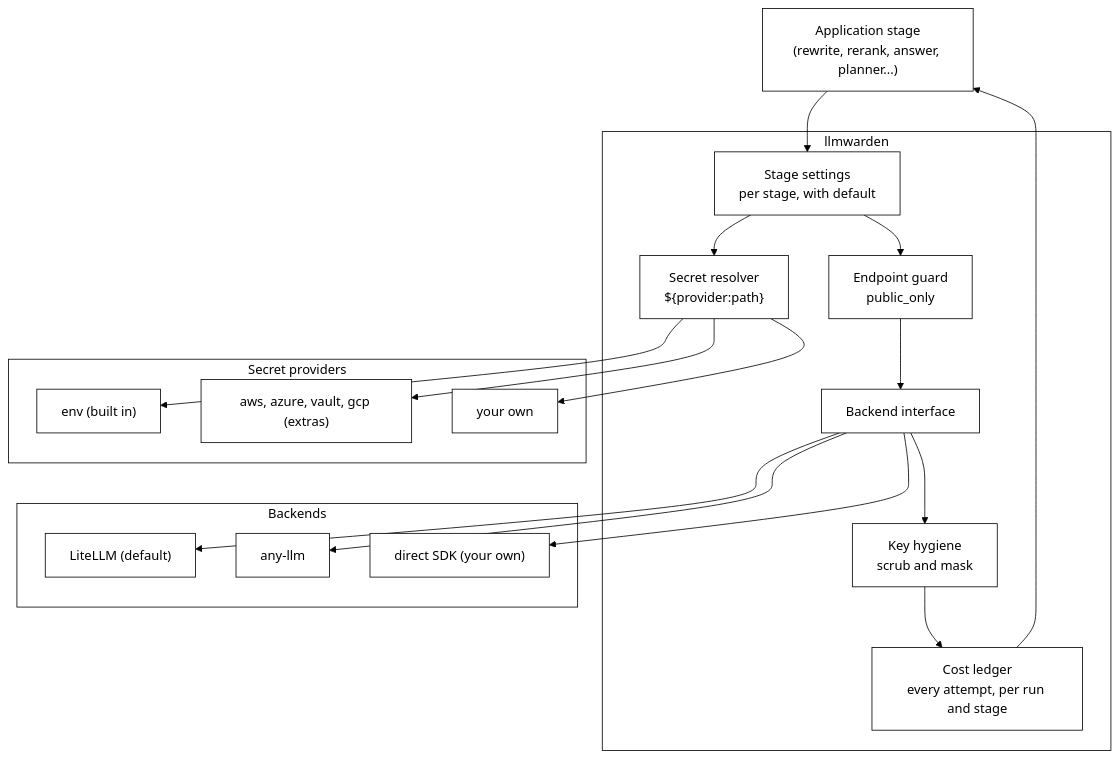
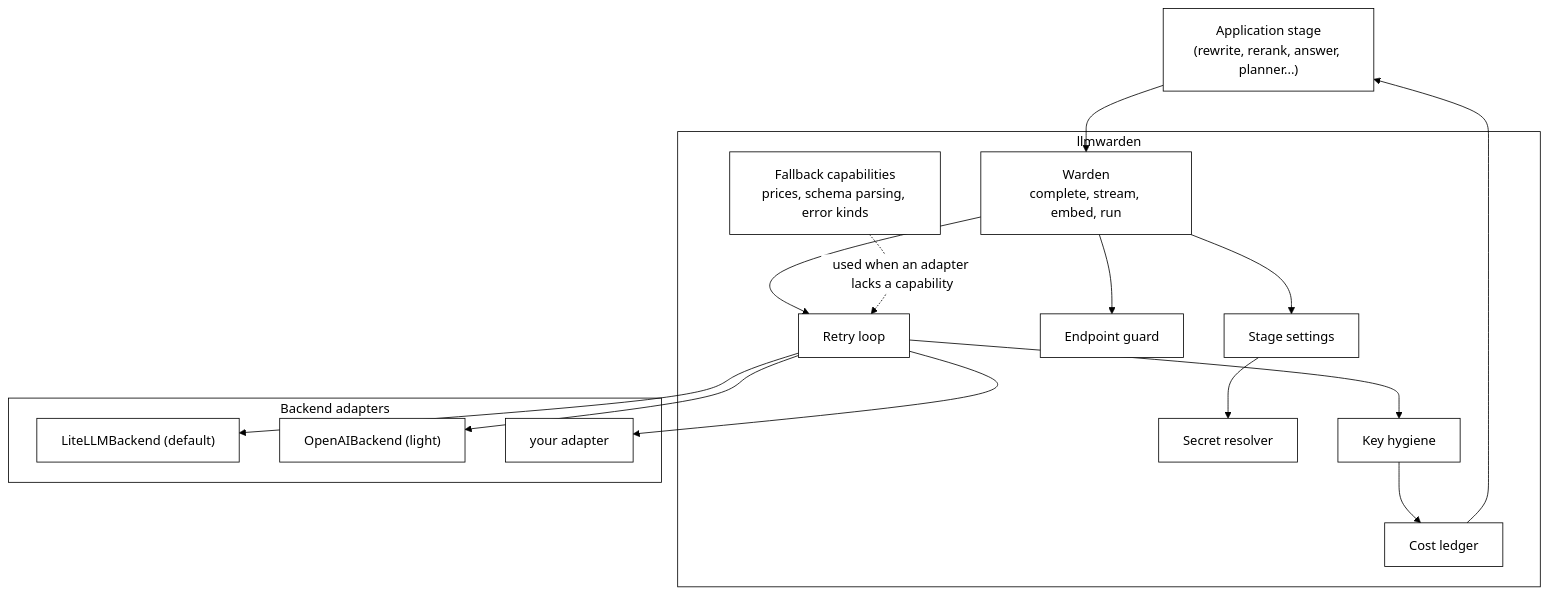
The first of 2 diagrams in docs/architecture.md (nadeem4/llmwarden), drawn with Mermaid before and after one commit. The commit also changed other lines of this file and 1 other file, not shown here.

Commit message:
docs: the facade, adapters, and what is reused from each backend

````diff
--- a/docs/architecture.md
+++ b/docs/architecture.md
@@ -24,36 +27,32 @@
 ```mermaid
 %%{init: {'theme':'base','themeVariables':{'primaryColor':'#ffffff','primaryTextColor':'#000000','primaryBorderColor':'#000000','lineColor':'#000000','secondaryColor':'#ffffff','tertiaryColor':'#ffffff','clusterBkg':'#ffffff','clusterBorder':'#000000'}}}%%
 flowchart TB
     App["Application stage<br/>(rewrite, rerank, answer, planner...)"]
     subgraph Warden["llmwarden"]
-        Stages["Stage settings<br/>per stage, with default"]
-        Secrets["Secret resolver<br/>${provider:path}"]
-        Guard["Endpoint guard<br/>public_only"]
-        Hygiene["Key hygiene<br/>scrub and mask"]
-        Meter["Cost ledger<br/>every attempt, per run and stage"]
-        Port["Backend interface"]
+        Face["Warden<br/>complete, stream, embed, run"]
+        Stages["Stage settings"]
+        Secrets["Secret resolver"]
+        Guard["Endpoint guard"]
+        Retry["Retry loop"]
+        Hygiene["Key hygiene"]
+        Ledger["Cost ledger"]
+        Own["Fallback capabilities<br/>prices, schema parsing, error kinds"]
     end
-    subgraph Stores["Secret providers"]
-        Env["env (built in)"]
-        Cloud["aws, azure, vault, gcp (extras)"]
-        Own["your own"]
+    subgraph Adapters["Backend adapters"]
+        Lite["LiteLLMBackend (default)"]
+        OAI["OpenAIBackend (light)"]
+        Yours["your adapter"]
     end
-    subgraph Backends["Backends"]
-        Lite["LiteLLM (default)"]
-        Any["any-llm"]
-        Direct["direct SDK (your own)"]
-    end
-    App --> Stages
+    App --> Face
+    Face --> Stages
     Stages --> Secrets
-    Secrets --> Env
-    Secrets --> Cloud
-    Secrets --> Own
-    Stages --> Guard
-    Guard --> Port
-    Port --> Lite
-    Port --> Any
-    Port --> Direct
-    Port --> Hygiene
-    Hygiene --> Meter
-    Meter --> App
+    Face --> Guard
+    Face --> Retry
+    Retry --> Lite
+    Retry --> OAI
+    Retry --> Yours
+    Retry --> Hygiene
+    Hygiene --> Ledger
+    Own -.used when an adapter lacks a capability.-> Retry
+    Ledger --> App
 ```
````
